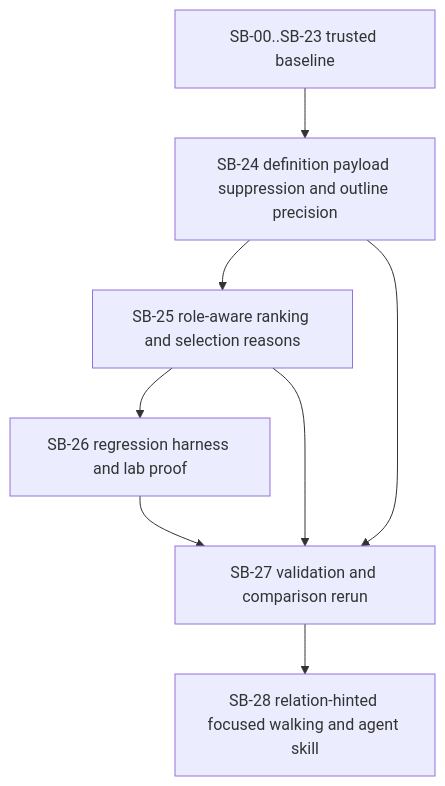
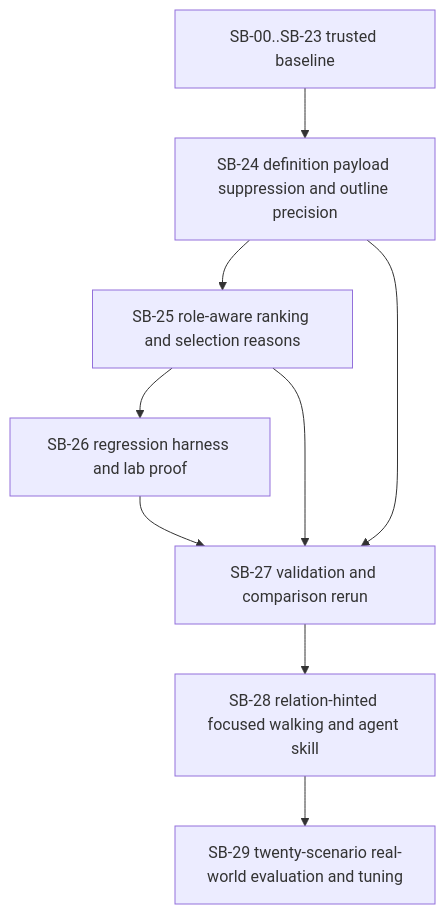
Before and after one commit to fyziktom/CanDoItAll.CodeAnalysis: the diagram in CanDoItAll.CodeAnalsis.ExecutionBundle/plan/01-phase-plan.md, drawn with Mermaid. The commit also changed other lines of this file and 152 other files, not shown here.

````diff
--- a/CanDoItAll.CodeAnalsis.ExecutionBundle/plan/01-phase-plan.md
+++ b/CanDoItAll.CodeAnalsis.ExecutionBundle/plan/01-phase-plan.md
@@ -17,10 +18,11 @@
 ```mermaid
 flowchart TD
     SB00[SB-00..SB-23 trusted baseline] --> SB24[SB-24 definition payload suppression and outline precision]
     SB24 --> SB25[SB-25 role-aware ranking and selection reasons]
     SB25 --> SB26[SB-26 regression harness and lab proof]
     SB26 --> SB27[SB-27 validation and comparison rerun]
     SB24 --> SB27
     SB25 --> SB27
     SB27 --> SB28[SB-28 relation-hinted focused walking and agent skill]
+    SB28 --> SB29[SB-29 twenty-scenario real-world evaluation and tuning]
 ```
````
